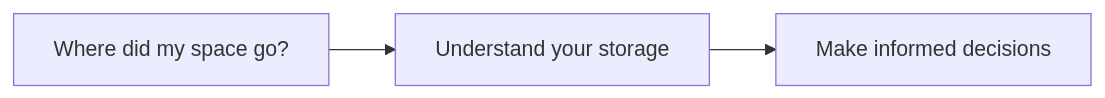
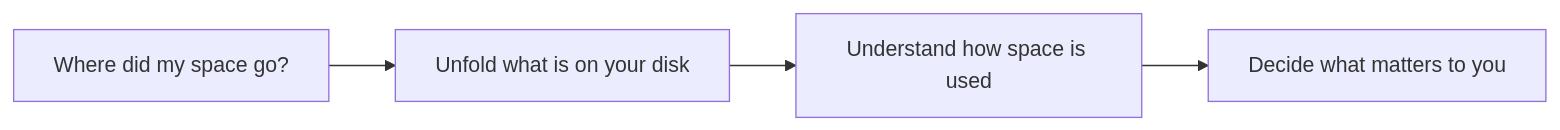
Before and after one commit to arikasalice/DiskUnfold: the diagram in README.md, drawn with Mermaid. The commit also changed other lines of this file, not shown here.

Commit message:
docs: introduce DiskUnfold name and purpose

````diff
--- a/README.md
+++ b/README.md
@@ -20,5 +23,6 @@
 ```mermaid
 flowchart LR
-    Question["Where did my space go?"] --> Understand["Understand your storage"]
-    Understand --> Decide["Make informed decisions"]
+    Question["Where did my space go?"] --> Unfold["Unfold what is on your disk"]
+    Unfold --> Understand["Understand how space is used"]
+    Understand --> Decide["Decide what matters to you"]
 ```
````
